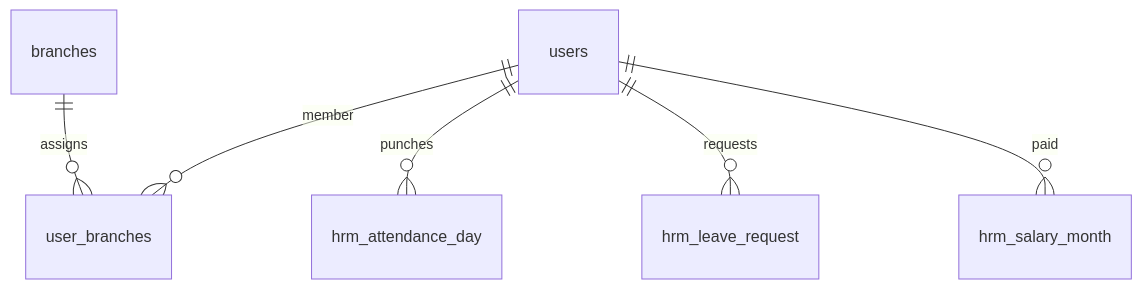
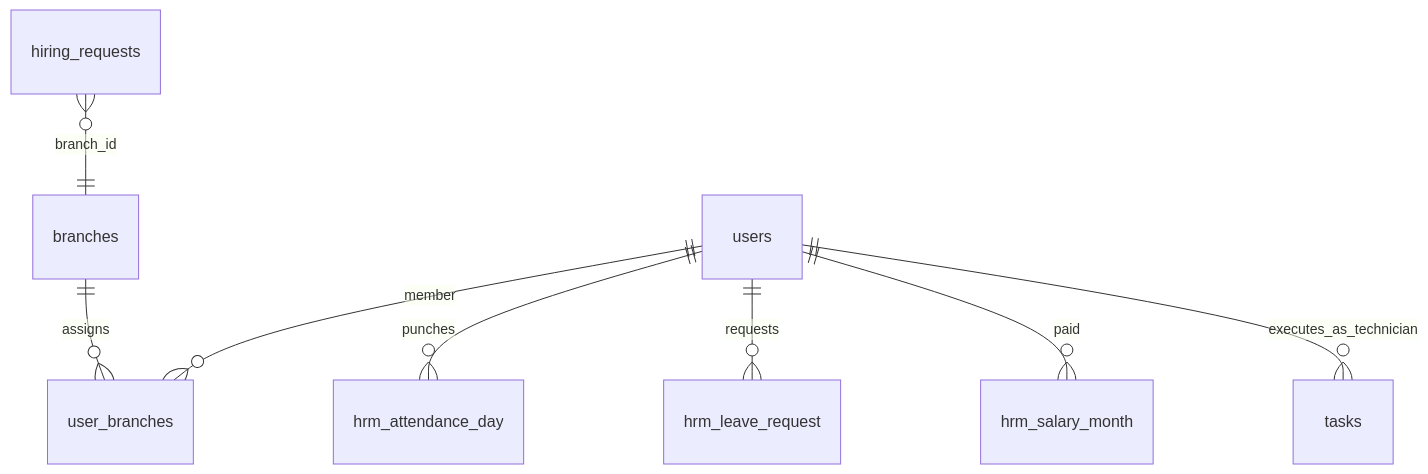
Before and after one commit to Aurifex-Innovations/ERP_docs: the fourth of 5 diagrams in Dashboard_final_v0/HRM.md, drawn with Mermaid. The commit also changed other lines of this file, not shown here.

````diff
--- a/Dashboard_final_v0/HRM.md
+++ b/Dashboard_final_v0/HRM.md
@@ -338,8 +475,10 @@
 ```mermaid
 erDiagram
   branches ||--o{ user_branches : assigns
   users ||--o{ user_branches : member
   users ||--o{ hrm_attendance_day : punches
   users ||--o{ hrm_leave_request : requests
   users ||--o{ hrm_salary_month : paid
+  users ||--o{ tasks : executes_as_technician
+  hiring_requests }o--|| branches : branch_id
 ```
````
